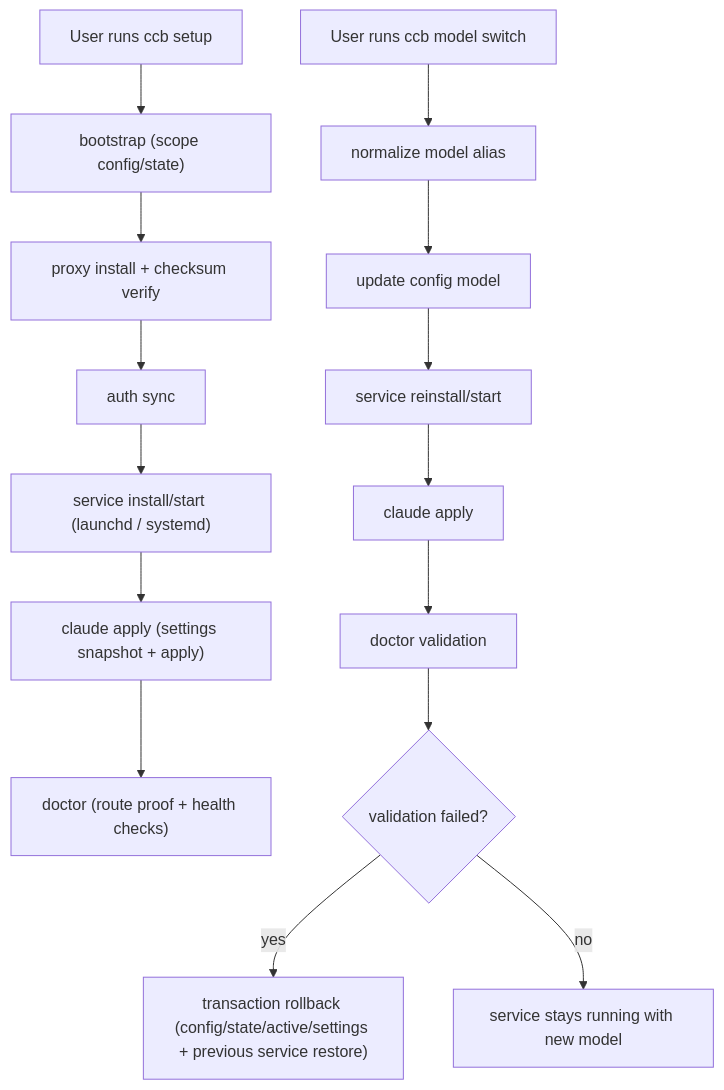
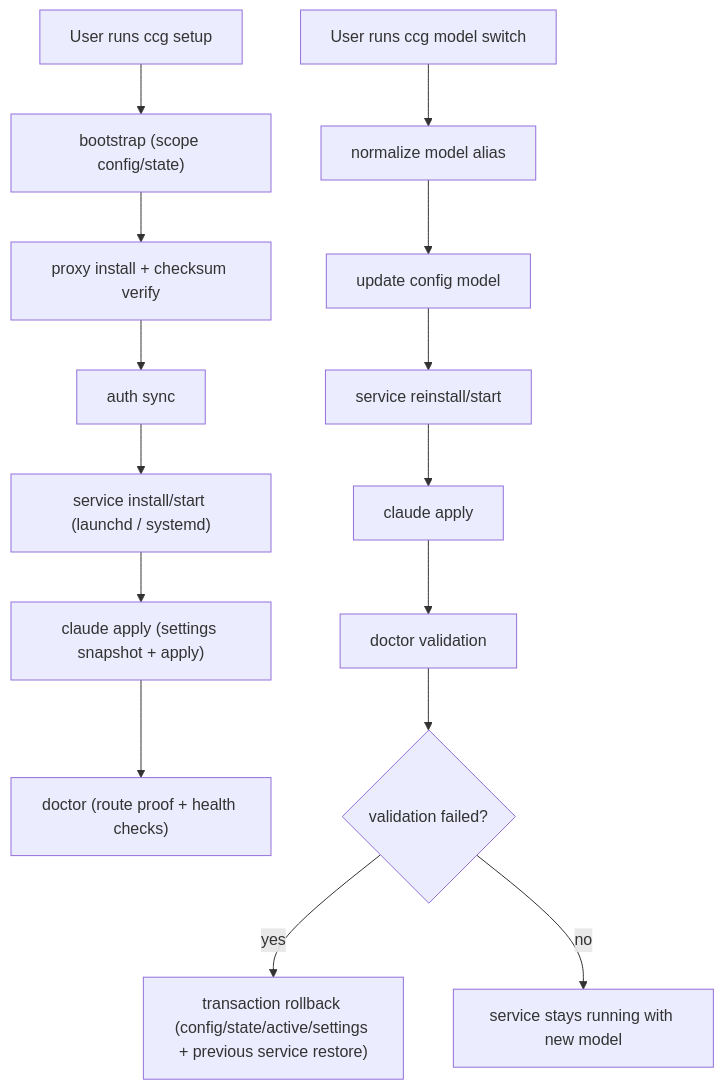
The diagram in README.md (brody-0125/ccgateway), drawn with Mermaid before and after one commit. The commit also changed other lines of this file and 24 other files, not shown here.

First line of the commit message:
Rename ccb to ccg throughout codebase (#28)

````diff
--- a/README.md
+++ b/README.md
@@ -28,18 +28,18 @@
 ```mermaid
 flowchart TD
-  A["User runs ccb setup"] --> B["bootstrap (scope config/state)"]
+  A["User runs ccg setup"] --> B["bootstrap (scope config/state)"]
   B --> C["proxy install + checksum verify"]
   C --> D["auth sync"]
   D --> E["service install/start (launchd / systemd)"]
   E --> F["claude apply (settings snapshot + apply)"]
   F --> G["doctor (route proof + health checks)"]
 
-  H["User runs ccb model switch"] --> I["normalize model alias"]
+  H["User runs ccg model switch"] --> I["normalize model alias"]
   I --> J["update config model"]
   J --> K["service reinstall/start"]
   K --> L["claude apply"]
   L --> M["doctor validation"]
   M --> N{"validation failed?"}
   N -- "yes" --> O["transaction rollback (config/state/active/settings + previous service restore)"]
   N -- "no" --> P["service stays running with new model"]
 ```
````
